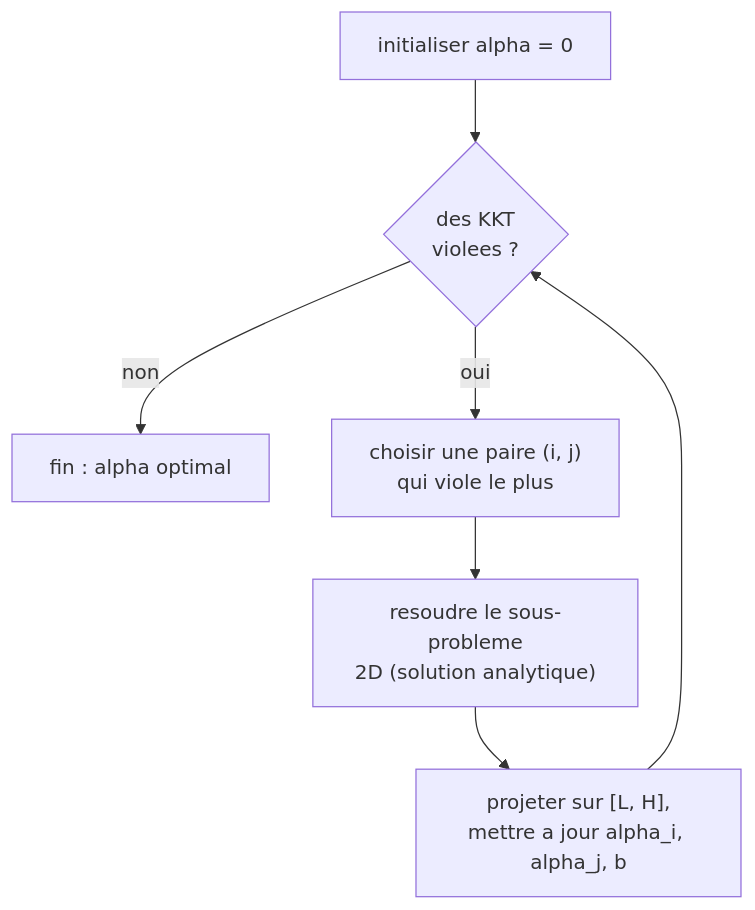
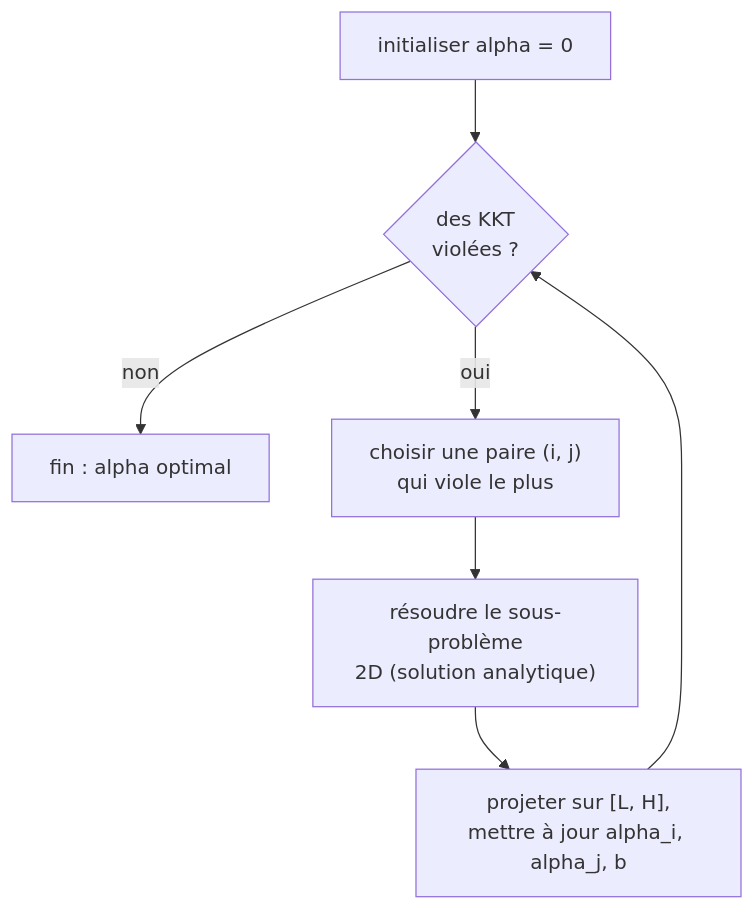
Before and after one commit to tanguychenier/Mathematiques-pour-le-Machine-Learning: the fourth of 4 diagrams in chapitres/12-classification-svm.md, drawn with Mermaid. The commit also changed other lines of this file and 14 other files, not shown here.

Commit message:
docs: review tone and accents, explain terms, drop em-dashes, add three diagrams

````diff
--- a/chapitres/12-classification-svm.md
+++ b/chapitres/12-classification-svm.md
@@ -502,9 +502,9 @@
 ```mermaid
 flowchart TD
-    S["initialiser alpha = 0"] --> L{"des KKT<br/>violees ?"}
+    S["initialiser alpha = 0"] --> L{"des KKT<br/>violées ?"}
     L -- non --> F["fin : alpha optimal"]
     L -- oui --> P["choisir une paire (i, j)<br/>qui viole le plus"]
-    P --> R["resoudre le sous-probleme<br/>2D (solution analytique)"]
-    R --> C["projeter sur [L, H],<br/>mettre a jour alpha_i, alpha_j, b"]
+    P --> R["résoudre le sous-problème<br/>2D (solution analytique)"]
+    R --> C["projeter sur [L, H],<br/>mettre à jour alpha_i, alpha_j, b"]
     C --> L
 ```
````
